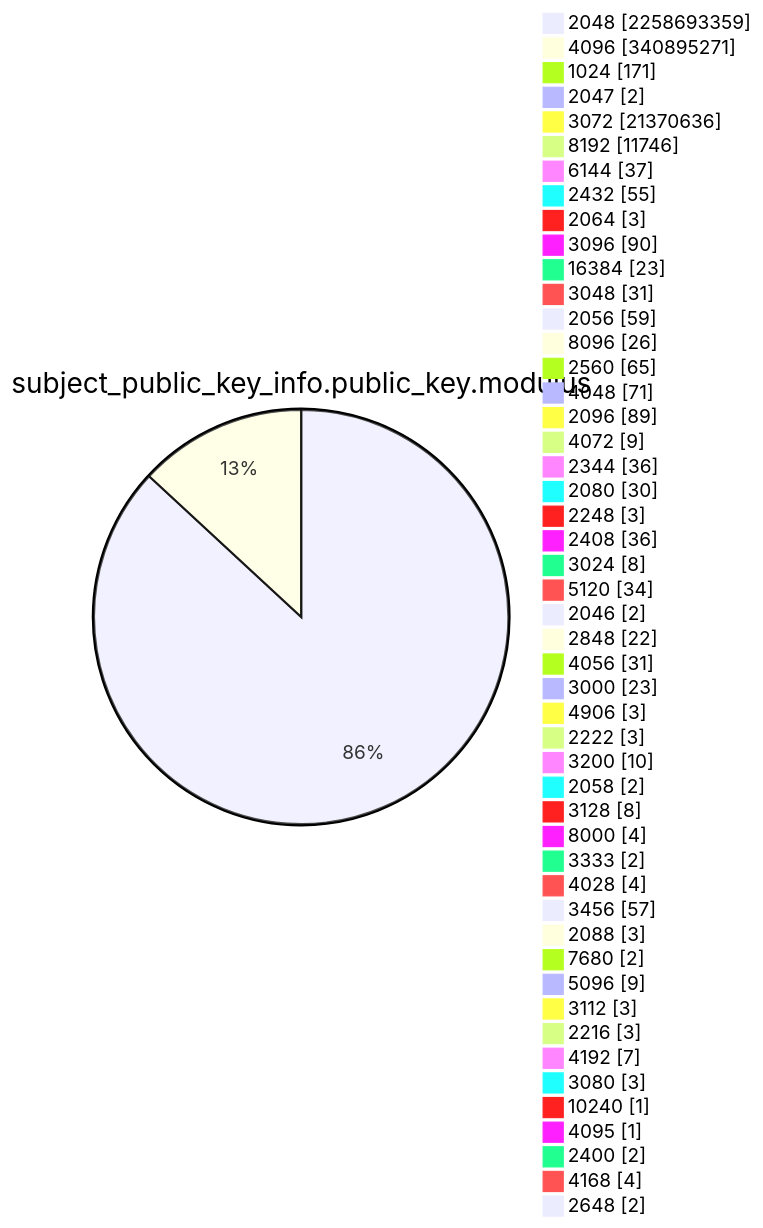
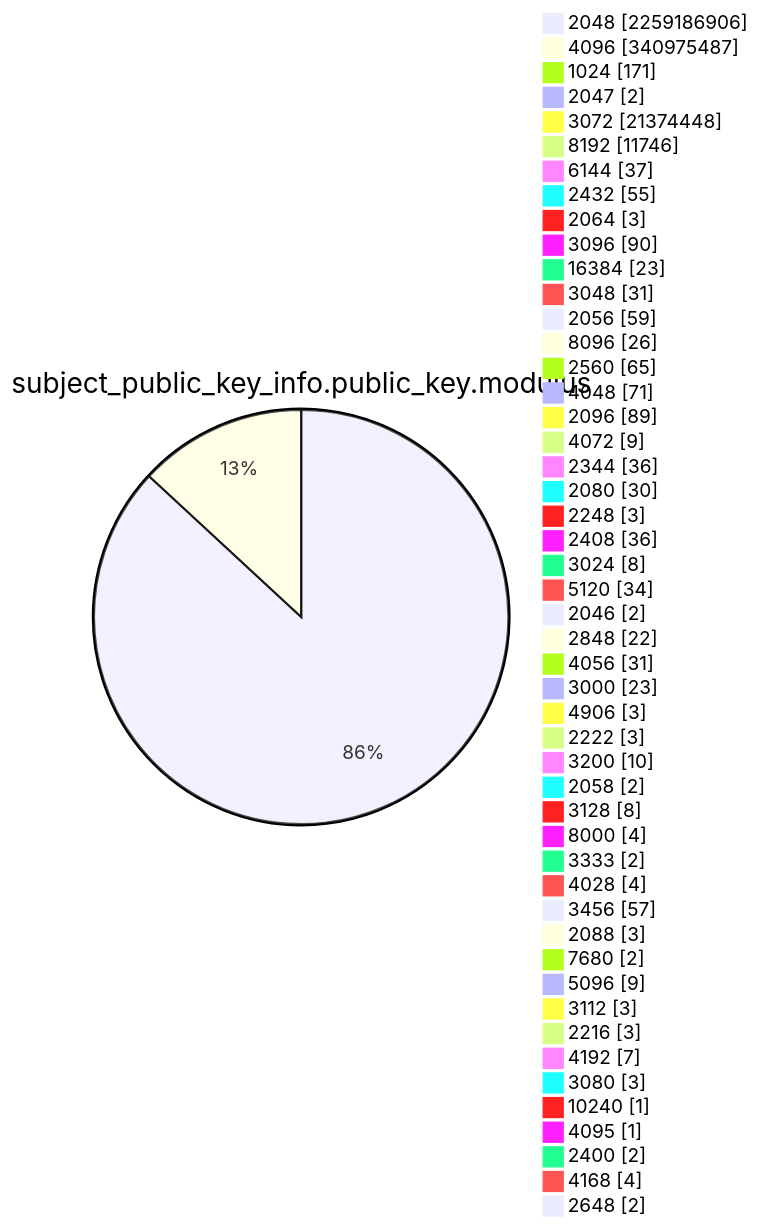
Before and after one commit to christiankrug/ctmonitor_visualization: diagram 13 of 15 in TOTAL/README.md, drawn with Mermaid. The commit also changed other lines of this file, not shown here.

````diff
--- a/TOTAL/README.md
+++ b/TOTAL/README.md
@@ -4165,53 +4165,53 @@
 ```mermaid
 pie showData
 title subject_public_key_info.public_key.modulus
-"2048" :2258693359
-"4096" :340895271
+"2048" :2259186906
+"4096" :340975487
 "1024" :171
 "2047" :2
-"3072" :21370636
+"3072" :21374448
 "8192" :11746
 "6144" :37
 "2432" :55
 "2064" :3
 "3096" :90
 "16384" :23
 "3048" :31
 "2056" :59
 "8096" :26
 "2560" :65
 "4048" :71
 "2096" :89
 "4072" :9
 "2344" :36
 "2080" :30
 "2248" :3
 "2408" :36
 "3024" :8
 "5120" :34
 "2046" :2
 "2848" :22
 "4056" :31
 "3000" :23
 "4906" :3
 "2222" :3
 "3200" :10
 "2058" :2
 "3128" :8
 "8000" :4
 "3333" :2
 "4028" :4
 "3456" :57
 "2088" :3
 "7680" :2
 "5096" :9
 "3112" :3
 "2216" :3
 "4192" :7
 "3080" :3
 "10240" :1
 "4095" :1
 "2400" :2
 "4168" :4
 "2648" :2
 ```
````
